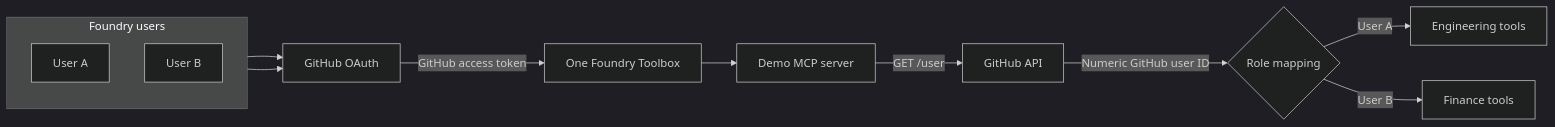
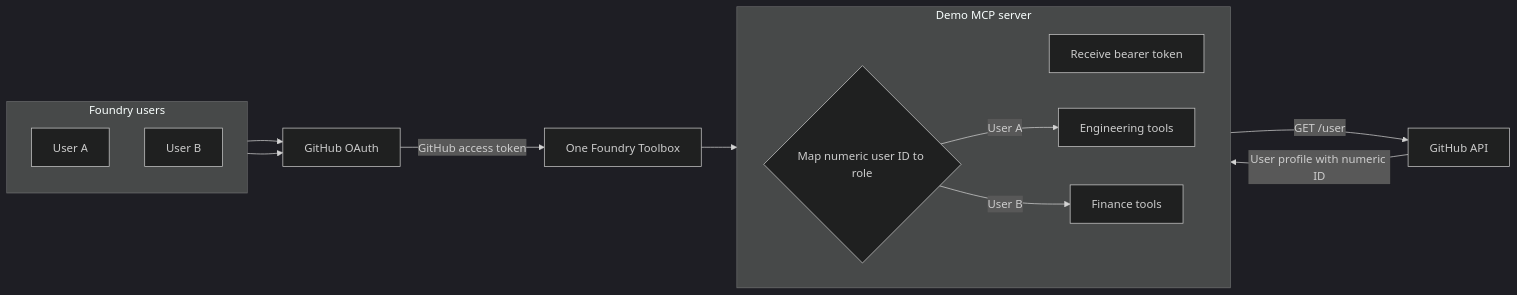
One commit to shpengmsft/foundry-toolbox-user-scoped-mcp-demo changed the diagram in docs/setup-guide.md. Above: the diagram before and after it, drawn with Mermaid (dark theme).

Commit message:
Clarify MCP role mapping boundary

Copilot-Session: ccc4f895-87c3-4184-9890-333fb1680ee1

````diff
--- a/docs/setup-guide.md
+++ b/docs/setup-guide.md
@@ -8,17 +8,24 @@
 ```mermaid
 flowchart LR
     subgraph U[Foundry users]
         direction TB
         A[User A]
         B[User B]
     end
 
     A --> O[GitHub OAuth]
     B --> O
     O -->|GitHub access token| T[One Foundry Toolbox]
-    T --> M[Demo MCP server]
-    M -->|GET /user| G[GitHub API]
-    G -->|Numeric GitHub user ID| R{Role mapping}
-    R -->|User A| E[Engineering tools]
-    R -->|User B| F[Finance tools]
+    T --> V
+
+    subgraph M[Demo MCP server]
+        direction LR
+        V[Receive bearer token]
+        R{Map numeric user ID to role}
+        R -->|User A| E[Engineering tools]
+        R -->|User B| F[Finance tools]
+    end
+
+    V -->|GET /user| G[GitHub API]
+    G -->|User profile with numeric ID| R
 ```
````
